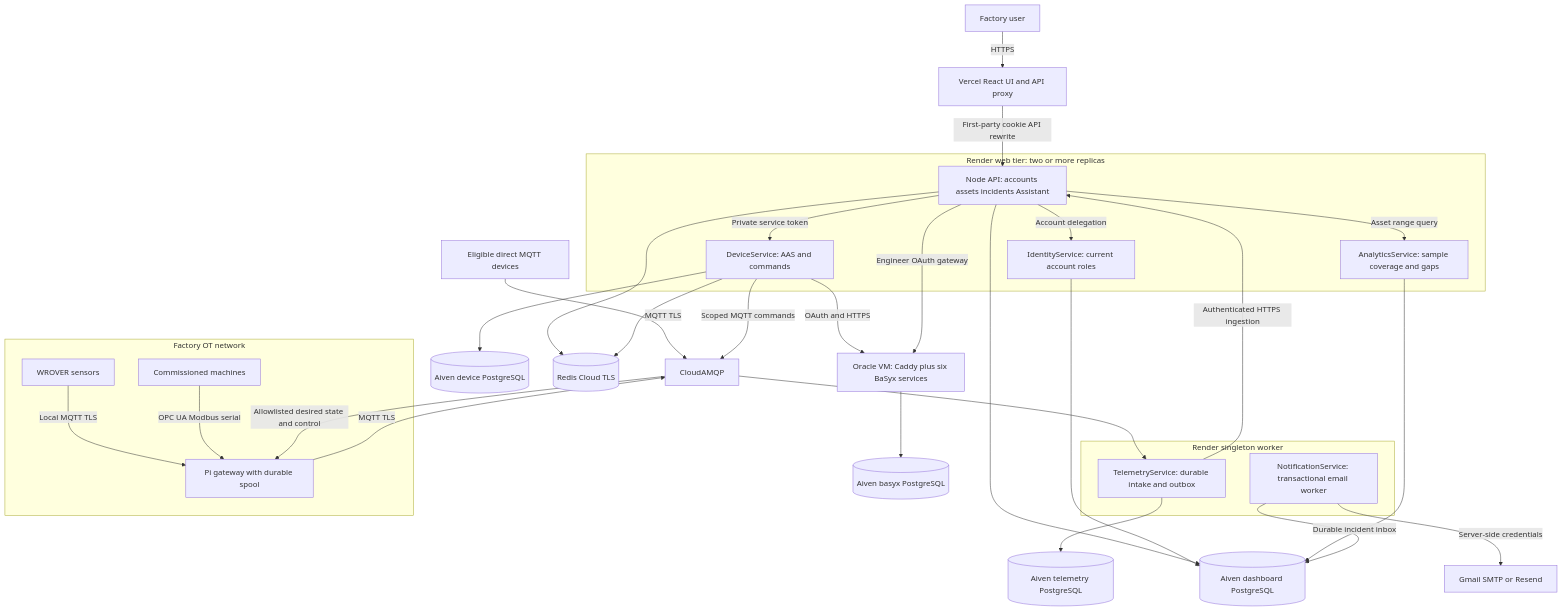
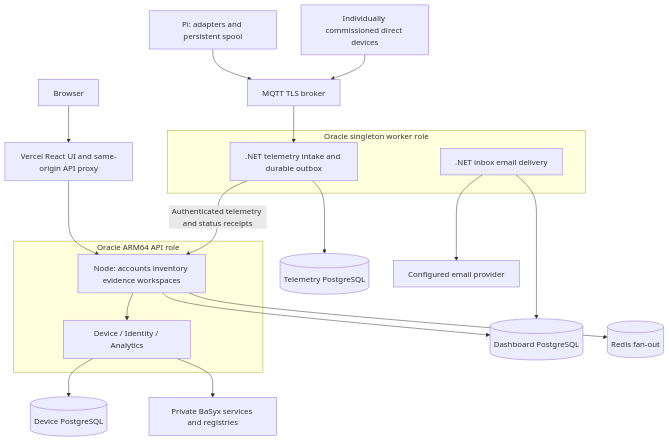
Before and after one commit to DruHustle/smart-factory: the diagram in docs/architecture.md, drawn with Mermaid. The commit also changed other lines of this file and 93 other files, not shown here.

````diff
--- a/docs/architecture.md
+++ b/docs/architecture.md
@@ -17,40 +17,25 @@
 ```mermaid
 flowchart TB
-  Browser[Factory user] -->|HTTPS| Vercel[Vercel React UI and API proxy]
-  subgraph RenderWeb[Render web tier: two or more replicas]
-    API[Node API: accounts assets incidents Assistant]
-    Device[DeviceService: AAS and commands]
-    Identity[IdentityService: current account roles]
-    Analytics[AnalyticsService: sample coverage and gaps]
+  User[Browser] --> UI[Vercel React UI and same-origin API proxy]
+  subgraph APIHost[Oracle ARM64 API role]
+    Node[Node: accounts inventory evidence workspaces]
+    Services[Device / Identity / Analytics]
+    Node --> Services
   end
-  subgraph RenderWorker[Render singleton worker]
-    Telemetry[TelemetryService: durable intake and outbox]
-    Notification[NotificationService: transactional email worker]
+  subgraph WorkerHost[Oracle singleton worker role]
+    Telemetry[.NET telemetry intake and durable outbox]
+    Notifications[.NET inbox email delivery]
   end
-  API -->|Private service token| Device
-  API -->|Account delegation| Identity
-  API -->|Asset range query| Analytics
-  Telemetry -->|Authenticated HTTPS ingestion| API
-  Vercel -->|First-party cookie API rewrite| API
-  API --> AppDB[(Aiven dashboard PostgreSQL)]
-  Identity --> AppDB
-  Analytics --> AppDB
-  Notification -->|Durable incident inbox| AppDB
-  Notification -->|Server-side credentials| Mail[Gmail SMTP or Resend]
-  Device --> DeviceDB[(Aiven device PostgreSQL)]
-  Telemetry --> TelemetryDB[(Aiven telemetry PostgreSQL)]
-  API --> Redis[(Redis Cloud TLS)]
-  Device --> Redis
-  Device -->|OAuth and HTTPS| AAS[Oracle VM: Caddy plus six BaSyx services]
-  API -->|Engineer OAuth gateway| AAS
-  AAS --> BaSyxDB[(Aiven basyx PostgreSQL)]
-  subgraph OT[Factory OT network]
-    Sensors[WROVER sensors] -->|Local MQTT TLS| Pi[Pi gateway with durable spool]
-    Machines[Commissioned machines] -->|OPC UA Modbus serial| Pi
-  end
-  Pi -->|MQTT TLS| Broker[CloudAMQP]
-  Direct[Eligible direct MQTT devices] -->|MQTT TLS| Broker
+  UI --> Node
+  Node --> DB[(Dashboard PostgreSQL)]
+  Node --> Redis[(Redis fan-out)]
+  Services --> PrivateDB[(Device PostgreSQL)]
+  Services --> AAS[Private BaSyx services and registries]
+  Telemetry --> Queue[(Telemetry PostgreSQL)]
+  Telemetry -->|Authenticated telemetry and status receipts| Node
+  Notifications --> DB
+  Notifications --> Mail[Configured email provider]
+  Gateway[Pi: adapters and persistent spool] --> Broker[MQTT TLS broker]
+  Direct[Individually commissioned direct devices] --> Broker
   Broker --> Telemetry
-  Device -->|Scoped MQTT commands| Broker
-  Broker -->|Allowlisted desired state and control| Pi
 ```
````
